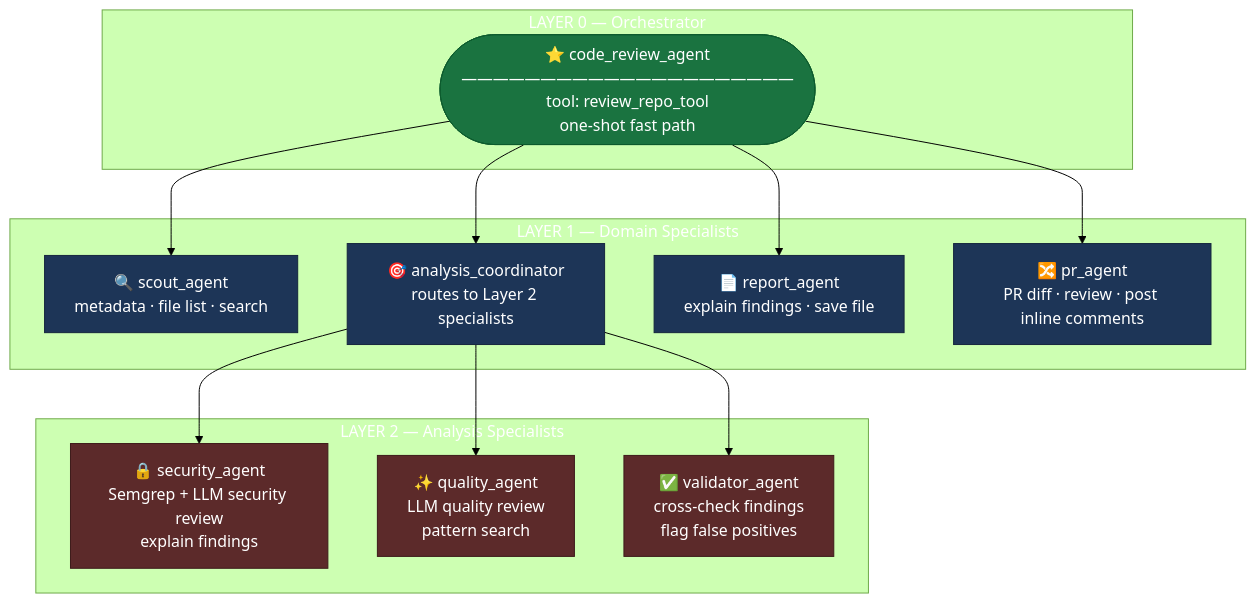
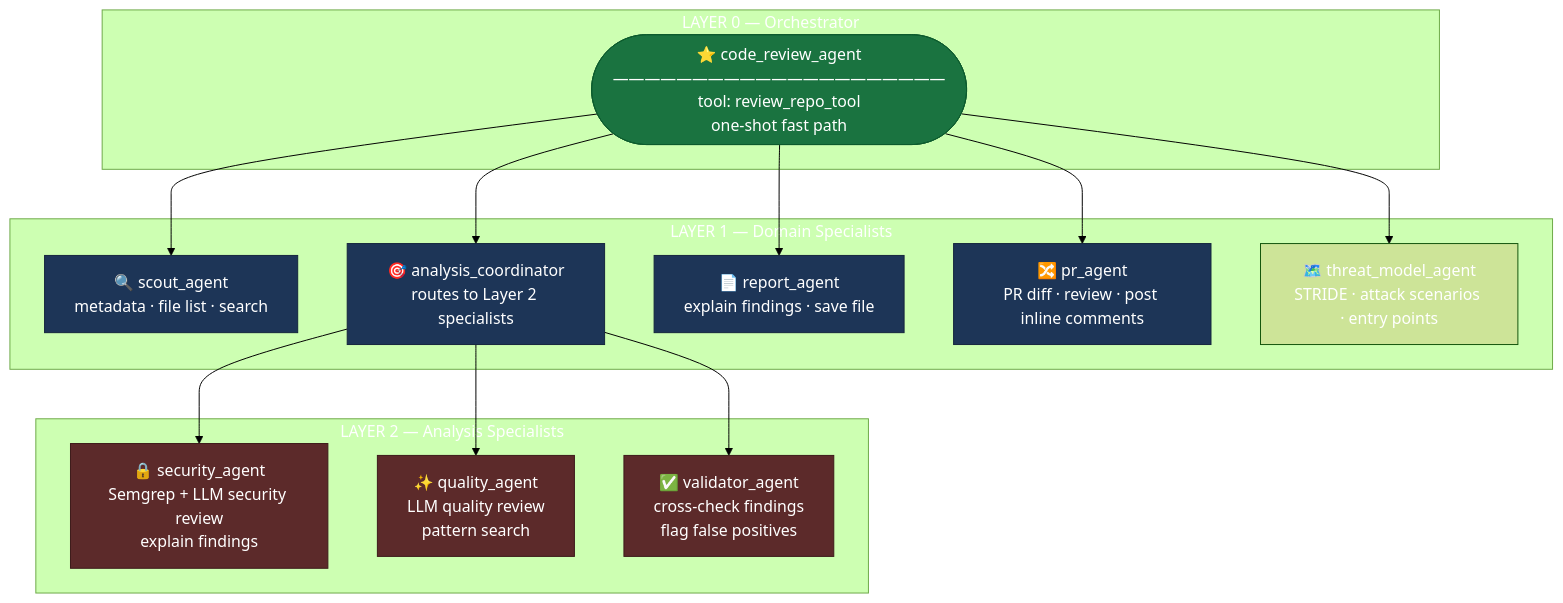
Before and after one commit to Bardiyashavandi/code_review_agent: the diagram in README.md, drawn with Mermaid (forest theme). The commit also changed other lines of this file and 2 other files, not shown here.

Commit message:
feat: add threat_model_agent with STRIDE analysis and attack scenarios

````diff
--- a/README.md
+++ b/README.md
@@ -61,30 +61,31 @@
 ```mermaid
 flowchart TD
     subgraph L0["LAYER 0 — Orchestrator"]
         Root(["⭐ code_review_agent\n―――――――――――――――――――――\ntool: review_repo_tool\none-shot fast path"])
     end
 
     subgraph L1["LAYER 1 — Domain Specialists"]
         Scout["🔍 scout_agent\nmetadata · file list · search"]
         Coord["🎯 analysis_coordinator\nroutes to Layer 2 specialists"]
         Report["📄 report_agent\nexplain findings · save file"]
         PR["🔀 pr_agent\nPR diff · review · post inline comments"]
+        TM["🗺️ threat_model_agent\nSTRIDE · attack scenarios · entry points"]
     end
 
     subgraph L2["LAYER 2 — Analysis Specialists"]
         Sec["🔒 security_agent\nSemgrep + LLM security review\nexplain findings"]
         Qual["✨ quality_agent\nLLM quality review\npattern search"]
         Val["✅ validator_agent\ncross-check findings\nflag false positives"]
     end
 
-    Root --> Scout & Coord & Report & PR
+    Root --> Scout & Coord & Report & PR & TM
     Coord --> Sec & Qual & Val
 
     classDef root fill:#1a7340,color:#fff,stroke:#0d5c2e
     classDef l1   fill:#1d3557,color:#fff,stroke:#14253d
     classDef l2   fill:#5c2a2a,color:#fff,stroke:#3d1a1a
 
     class Root root
     class Scout,Coord,Report,PR l1
     class Sec,Qual,Val l2
 ```
````
